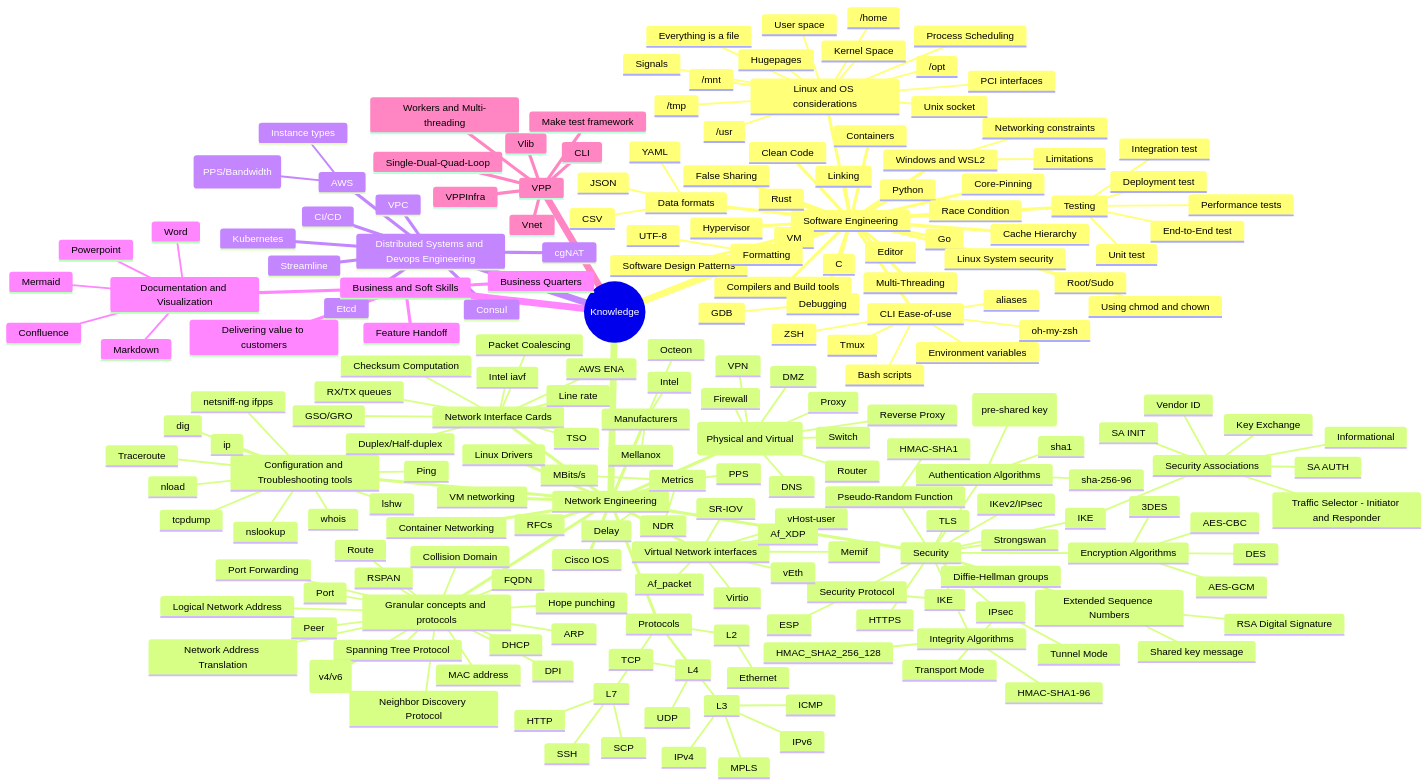
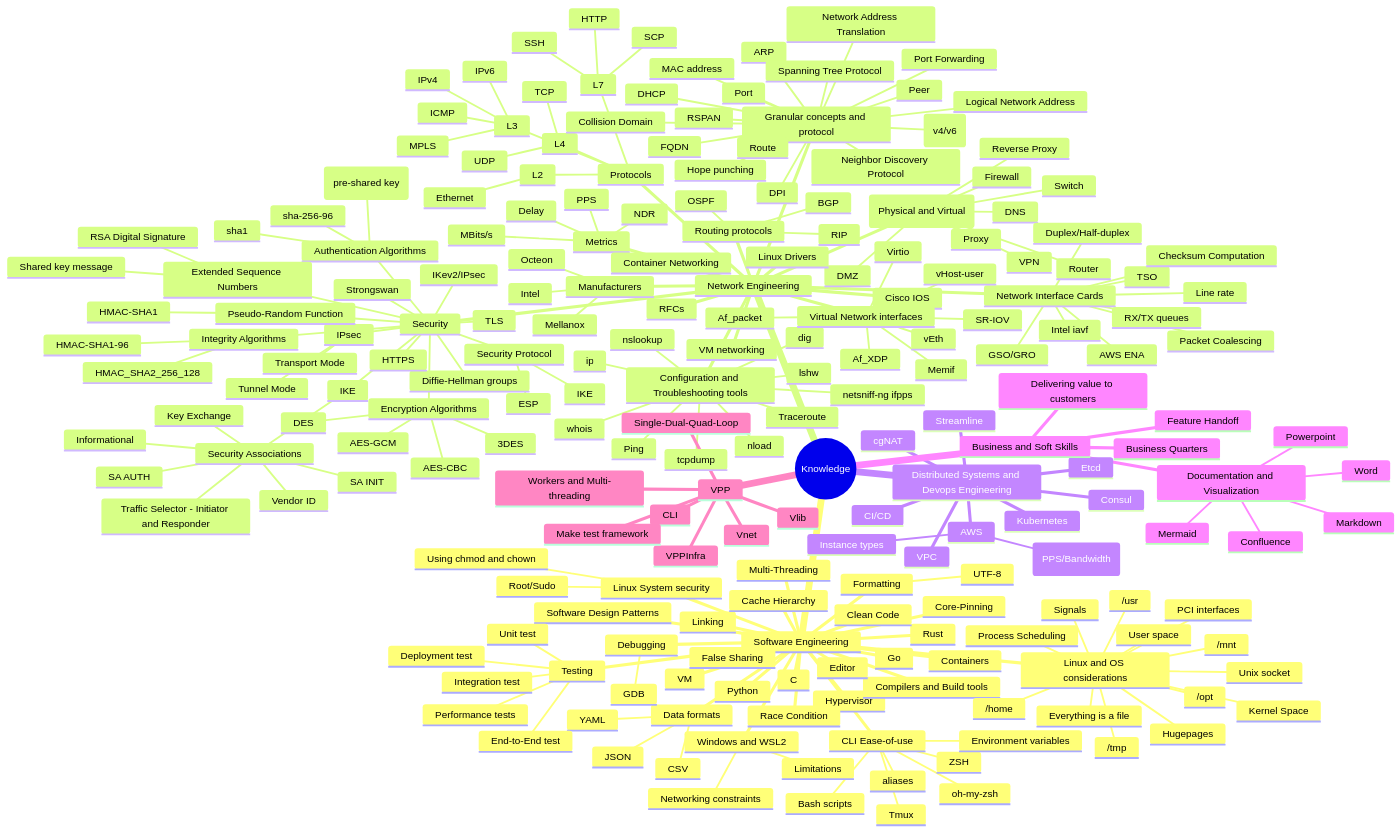
One commit to read-the-ducks/site changed the diagram in content/posts/swe-network-engineer.md. Above: the diagram before and after it, drawn with Mermaid.

```diff
--- a/content/posts/swe-network-engineer.md
+++ b/content/posts/swe-network-engineer.md
@@ -136,7 +136,11 @@
                 HTTP
                 SSH
                 SCP
-        Granular concepts and protocols
+        Routing protocols
+          BGP
+          OSPF
+          RIP
+        Granular concepts and protocol
             FQDN
             ARP
             Route
```
